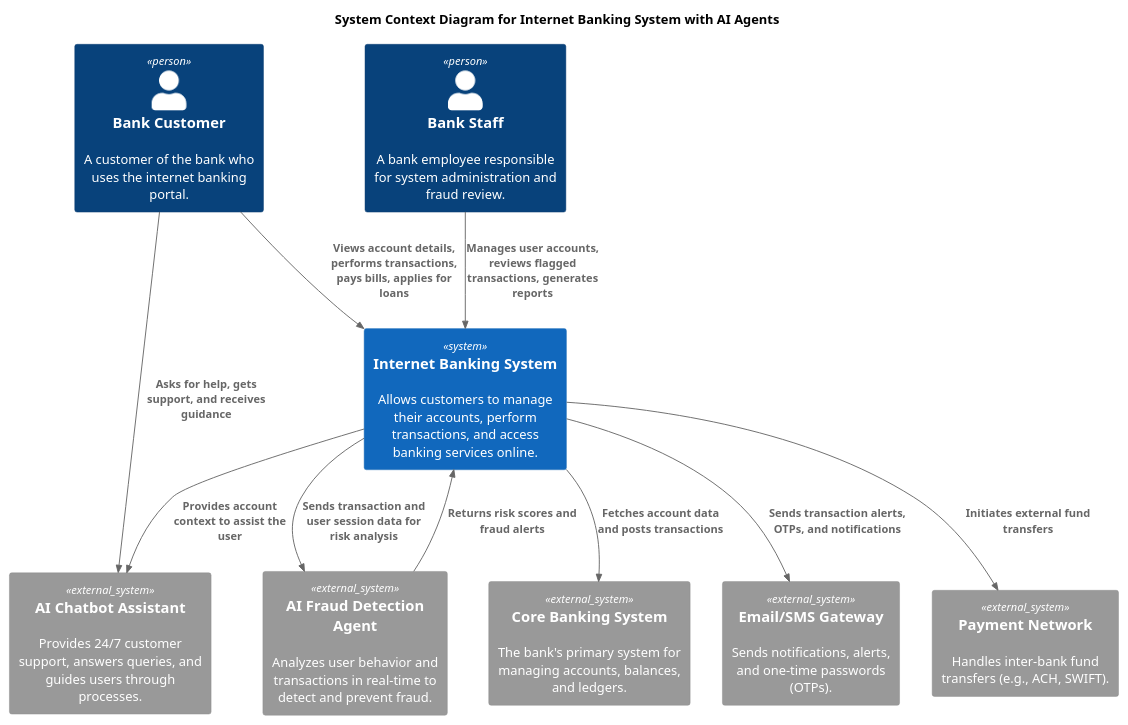
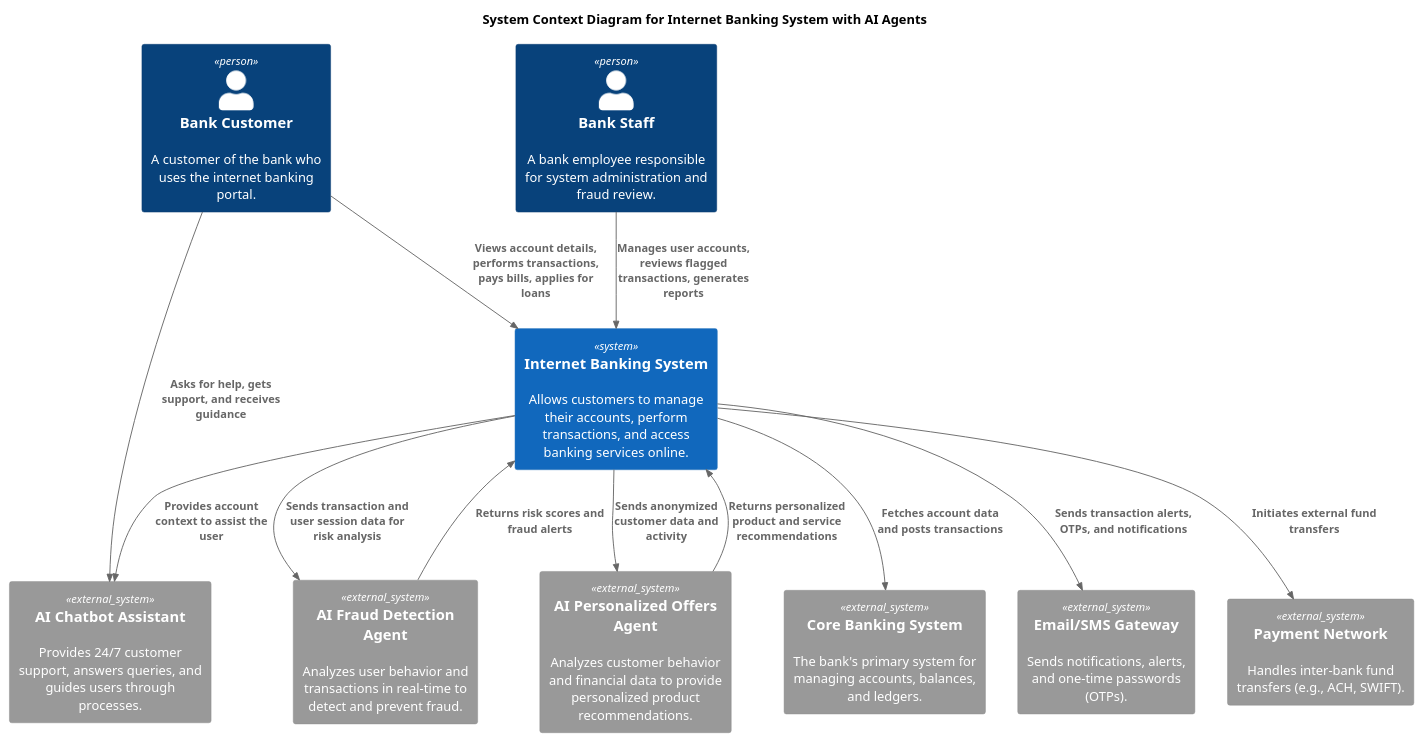
Before and after one commit to APC-SoCIT/APC-Sample-Project: the diagram in Codes/system context for internet banking system with ai agent.puml, drawn with PlantUML.

Commit message:
revised system context

```diff
--- a/Codes/system context for internet banking system with ai agent.puml
+++ b/Codes/system context for internet banking system with ai agent.puml
@@ -1,44 +1,47 @@
 @startuml
 !include https://raw.githubusercontent.com/plantuml-stdlib/C4-PlantUML/master/C4_Context.puml
 
 ' Layout direction
 'LAYOUT_TOP_DOWN
 ' LAYOUT_WITH_LEGEND()
 
 title System Context Diagram for Internet Banking System with AI Agents
 
 ' Actors
 Person(customer, "Bank Customer", "A customer of the bank who uses the internet banking portal.")
 Person(admin, "Bank Staff", "A bank employee responsible for system administration and fraud review.")
 
 ' External Systems
 System_Ext(core_banking, "Core Banking System", "The bank's primary system for managing accounts, balances, and ledgers.")
 System_Ext(email_sms, "Email/SMS Gateway", "Sends notifications, alerts, and one-time passwords (OTPs).")
 System_Ext(payment_network, "Payment Network", "Handles inter-bank fund transfers (e.g., ACH, SWIFT).")
 
 ' AI Agent Systems (treated as external for context diagram)
 System_Ext(ai_fraud, "AI Fraud Detection Agent", "Analyzes user behavior and transactions in real-time to detect and prevent fraud.")
 System_Ext(ai_chatbot, "AI Chatbot Assistant", "Provides 24/7 customer support, answers queries, and guides users through processes.")
+System_Ext(ai_offers, "AI Personalized Offers Agent", "Analyzes customer behavior and financial data to provide personalized product recommendations.")
 
 ' The System in Scope
 System(internet_banking, "Internet Banking System", "Allows customers to manage their accounts, perform transactions, and access banking services online.")
 
 ' Relationships
 ' Customer interactions
 Rel_D(customer, internet_banking, "Views account details, performs transactions, pays bills, applies for loans")
 Rel_D(customer, ai_chatbot, "Asks for help, gets support, and receives guidance")
 
 ' Admin interactions
 Rel_D(admin, internet_banking, "Manages user accounts, reviews flagged transactions, generates reports")
 
 ' System to AI Agent interactions
 Rel_D(internet_banking, ai_fraud, "Sends transaction and user session data for risk analysis")
 Rel_D(ai_fraud, internet_banking, "Returns risk scores and fraud alerts")
 Rel_D(internet_banking, ai_chatbot, "Provides account context to assist the user")
+Rel_D(internet_banking, ai_offers, "Sends anonymized customer data and activity")
+Rel_D(ai_offers, internet_banking, "Returns personalized product and service recommendations")
 
 ' System to external system interactions
 Rel_D(internet_banking, core_banking, "Fetches account data and posts transactions")
 Rel_D(internet_banking, email_sms, "Sends transaction alerts, OTPs, and notifications")
 Rel_D(internet_banking, payment_network, "Initiates external fund transfers")
 
 @enduml
```
